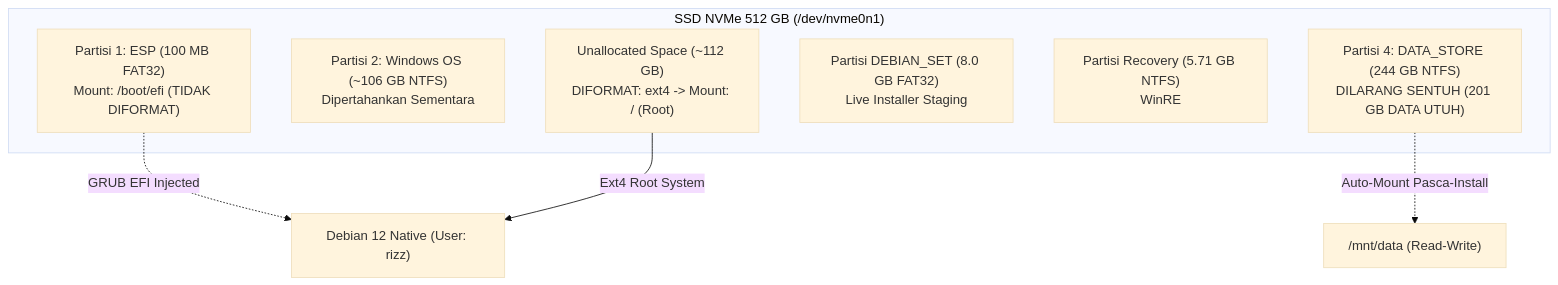
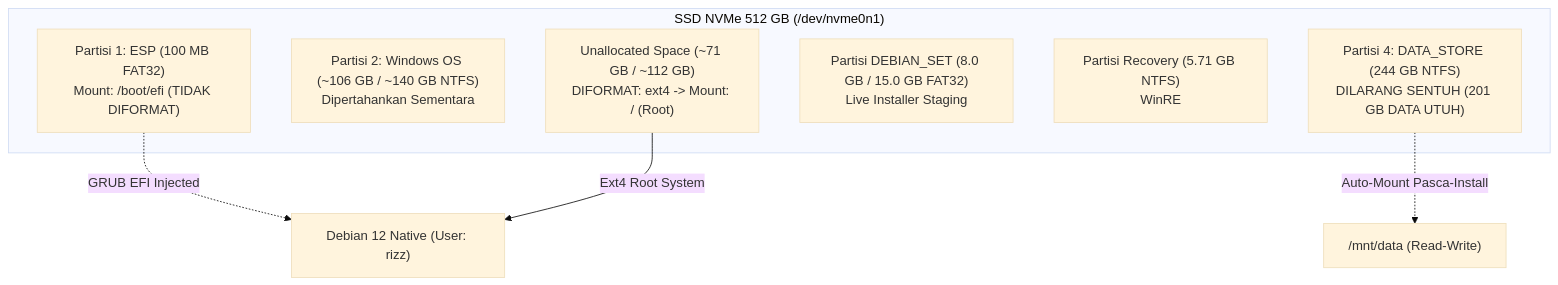
One commit to 0xrizz/os-manager changed the diagram in docs/migration/PHASE_3_CALAMARES_INSTALL_PROTOCOL.md. Above: the diagram before and after it, drawn with Mermaid (base theme). The commit also changed other lines of this file and 9 other files, not shown here.

````diff
--- a/docs/migration/PHASE_3_CALAMARES_INSTALL_PROTOCOL.md
+++ b/docs/migration/PHASE_3_CALAMARES_INSTALL_PROTOCOL.md
@@ -11,15 +11,15 @@
 ```mermaid
 graph TD
     subgraph NVMe_SSD_512GB["SSD NVMe 512 GB (/dev/nvme0n1)"]
         P1["Partisi 1: ESP (100 MB FAT32)<br/>Mount: /boot/efi (TIDAK DIFORMAT)"]
-        P2["Partisi 2: Windows OS (~106 GB NTFS)<br/>Dipertahankan Sementara"]
-        FREE["Unallocated Space (~112 GB)<br/>DIFORMAT: ext4 -> Mount: / (Root)"]
-        P_STG["Partisi DEBIAN_SET (8.0 GB FAT32)<br/>Live Installer Staging"]
+        P2["Partisi 2: Windows OS (~106 GB / ~140 GB NTFS)<br/>Dipertahankan Sementara"]
+        FREE["Unallocated Space (~71 GB / ~112 GB)<br/>DIFORMAT: ext4 -> Mount: / (Root)"]
+        P_STG["Partisi DEBIAN_SET (8.0 GB / 15.0 GB FAT32)<br/>Live Installer Staging"]
         P3["Partisi Recovery (5.71 GB NTFS)<br/>WinRE"]
         P4["Partisi 4: DATA_STORE (244 GB NTFS)<br/>DILARANG SENTUH (201 GB DATA UTUH)"]
     end
 
     P1 -.->|GRUB EFI Injected| LINUX_SYS["Debian 12 Native (User: rizz)"]
     FREE -->|Ext4 Root System| LINUX_SYS
     P4 -.->|Auto-Mount Pasca-Install| DATA_MOUNT["/mnt/data (Read-Write)"]
 ```
````
